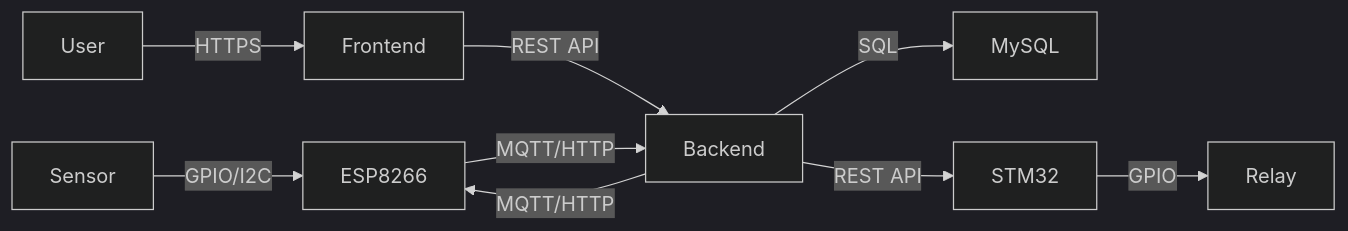
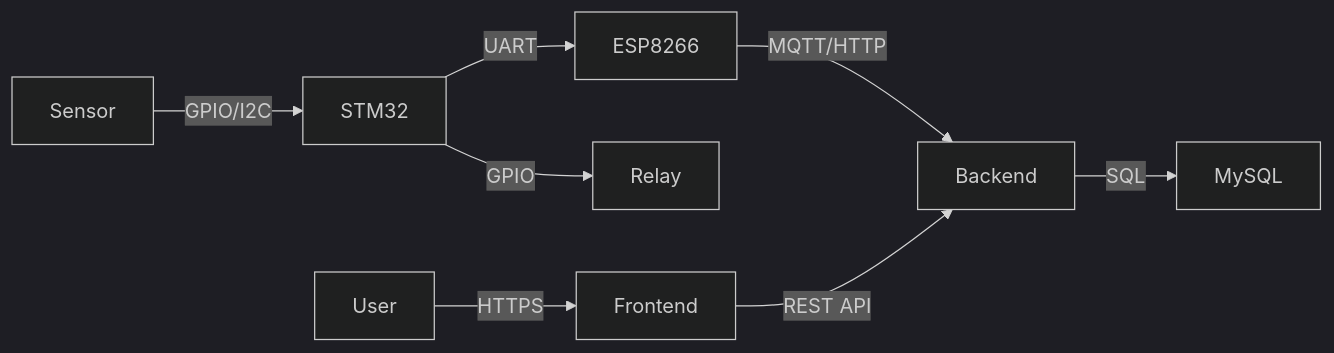
The eighth of 8 diagrams in docs/architecture/backend.md (jostran1406/Phase_2_Group_11), drawn with Mermaid (dark theme) before and after one commit. The commit also changed other lines of this file and 1 other file, not shown here.

Commit message:
Update architecture based on STM32-ESP8266 communication design

````diff
--- a/docs/architecture/backend.md
+++ b/docs/architecture/backend.md
@@ -246,19 +217,17 @@
 ```mermaid
 graph LR
 
-Sensor -- GPIO/I2C --> ESP8266
+Sensor -- GPIO/I2C --> STM32
+
+STM32 -- UART --> ESP8266
+
+ESP8266 -- MQTT/HTTP --> Backend
+
+Backend -- SQL --> MySQL
+
+Frontend -- REST API --> Backend
 
 User -- HTTPS --> Frontend
 
-Frontend -- REST API --> Backend
-
-ESP8266 -- MQTT/HTTP --> Backend
-
-Backend -- MQTT/HTTP --> ESP8266
-
-Backend -- SQL --> MySQL
-
-Backend -- REST API --> STM32
-
 STM32 -- GPIO --> Relay
 ```
````
